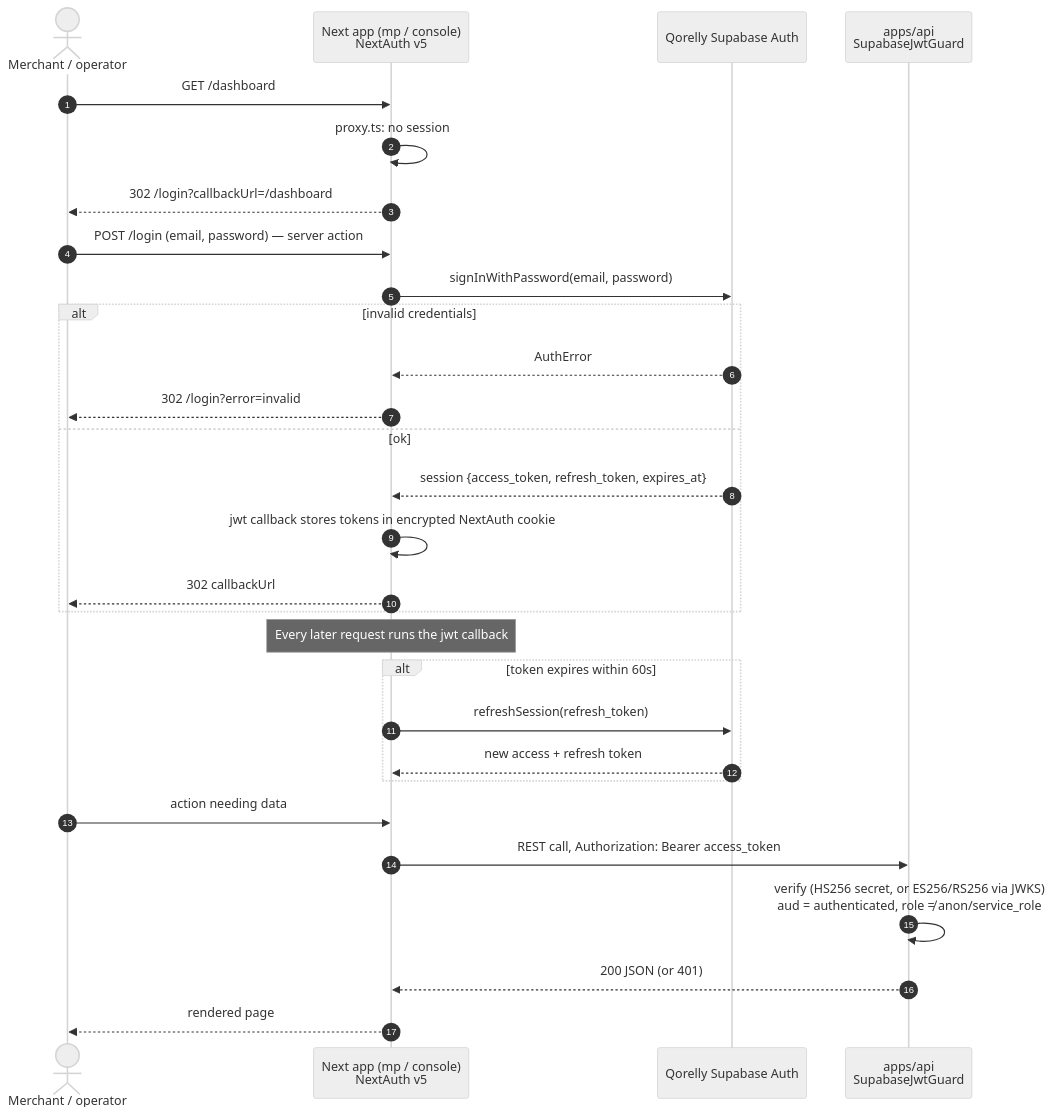
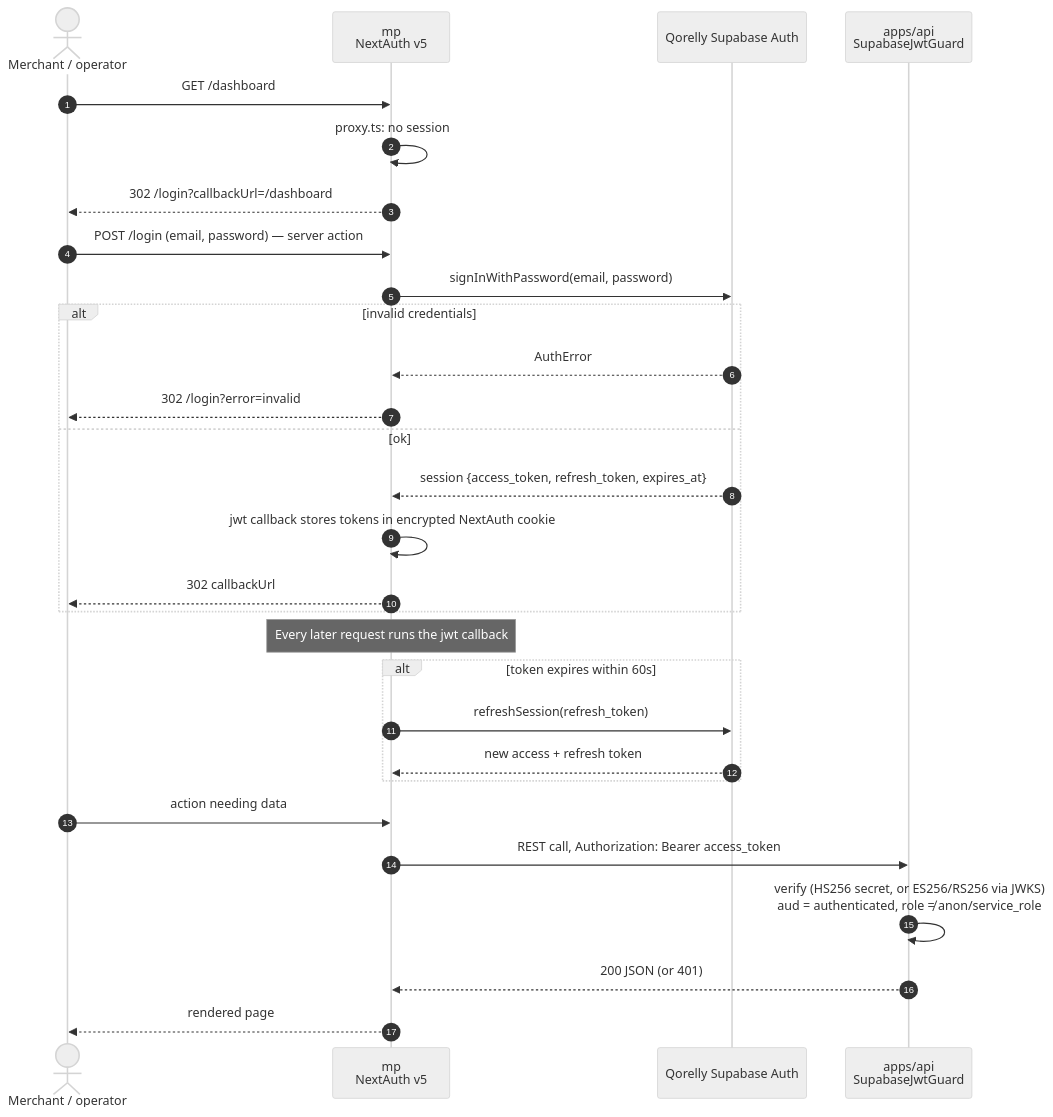
The diagram in docs/diagrams/mermaid/auth-web-sequence.mmd (usecorehq/tally), drawn with Mermaid before and after one commit. The commit also changed 51 other files, not shown here.

```diff
--- a/docs/diagrams/mermaid/auth-web-sequence.mmd
+++ b/docs/diagrams/mermaid/auth-web-sequence.mmd
@@ -1,33 +1,33 @@
 %%{init: {"theme": "neutral"} }%%
 sequenceDiagram
     autonumber
     actor U as Merchant / operator
-    participant N as Next app (mp / console)<br/>NextAuth v5
+    participant N as mp<br/>NextAuth v5
     participant S as Qorelly Supabase Auth
     participant A as apps/api<br/>SupabaseJwtGuard
 
     U->>N: GET /dashboard
     N->>N: proxy.ts: no session
     N-->>U: 302 /login?callbackUrl=/dashboard
     U->>N: POST /login (email, password) — server action
     N->>S: signInWithPassword(email, password)
     alt invalid credentials
         S-->>N: AuthError
         N-->>U: 302 /login?error=invalid
     else ok
         S-->>N: session {access_token, refresh_token, expires_at}
         N->>N: jwt callback stores tokens in encrypted NextAuth cookie
         N-->>U: 302 callbackUrl
     end
 
     Note over N: Every later request runs the jwt callback
     alt token expires within 60s
         N->>S: refreshSession(refresh_token)
         S-->>N: new access + refresh token
     end
 
     U->>N: action needing data
     N->>A: REST call, Authorization: Bearer access_token
     A->>A: verify (HS256 secret, or ES256/RS256 via JWKS)<br/>aud = authenticated, role ≠ anon/service_role
     A-->>N: 200 JSON (or 401)
     N-->>U: rendered page
```
